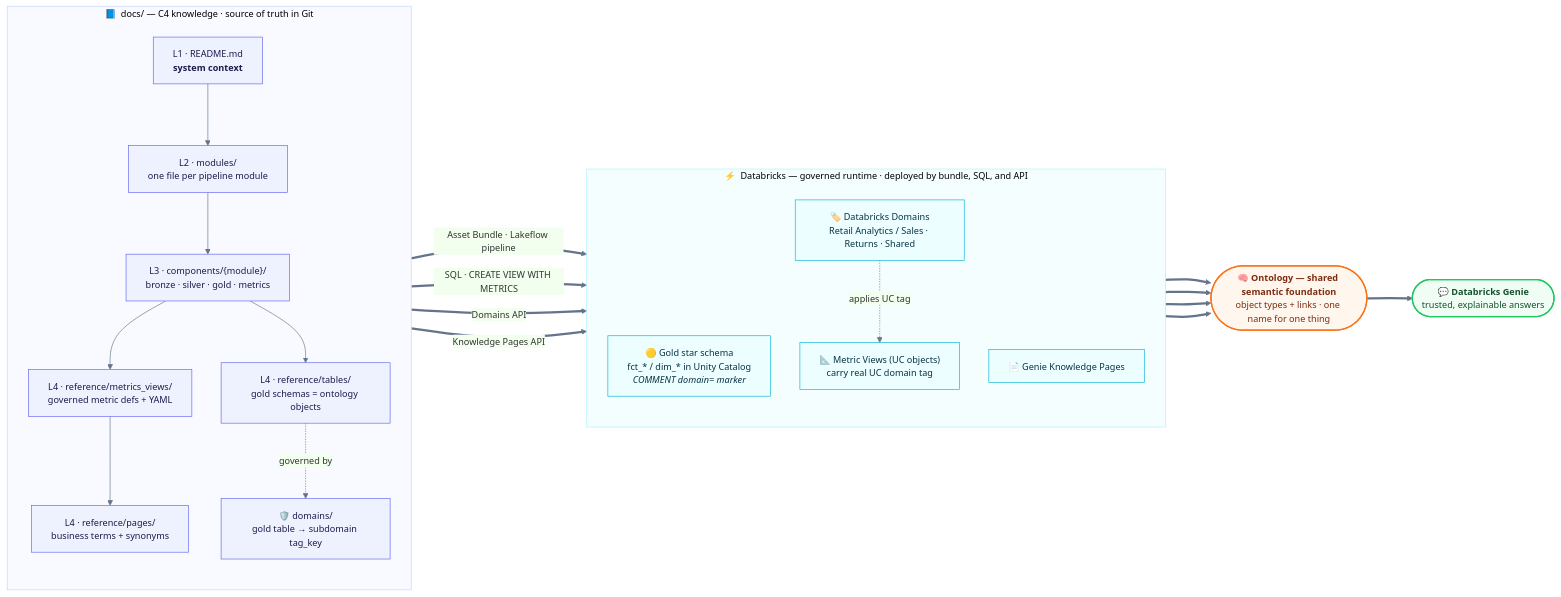
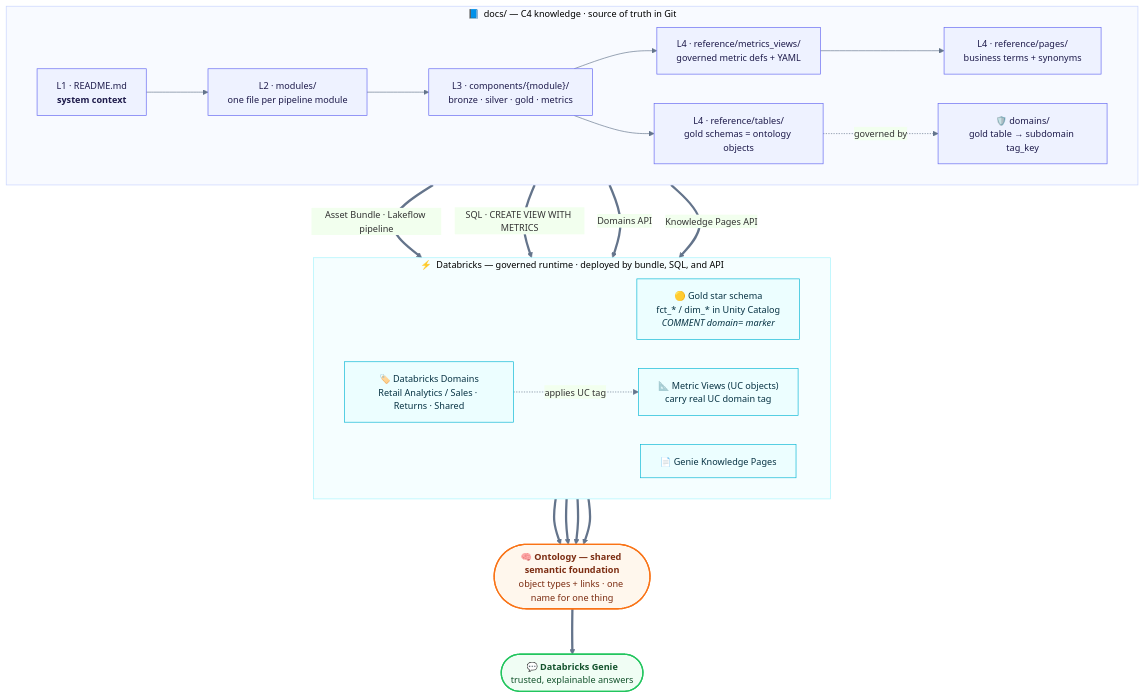
One commit to marcinkostkiewiczlingaro/dbx_meetup_demo changed the diagram in README.md. Above: the diagram before and after it, drawn with Mermaid.

Commit message:
docs: lay the documentation diagram top-to-bottom for slides

````diff
--- a/README.md
+++ b/README.md
@@ -101,52 +101,52 @@
 ```mermaid
 %%{init: {"theme": "base", "themeVariables": {"fontfamily": "Segoe UI, Helvetica, Arial, sans-serif", "fontSize": "14px", "primaryColor": "#eef2ff", "lineColor": "#64748b", "clusterBorder": "#cbd5e1"}, "flowchart": {"curve": "basis", "nodeSpacing": 45, "rankSpacing": 70}}}%%
-flowchart LR
+flowchart TB
   subgraph DOCS["📘 &nbsp;docs/ &mdash; C4 knowledge &middot; source of truth in Git"]
-    direction TB
+    direction LR
     L1["L1 &middot; README.md<br/><b>system context</b>"]
     L2["L2 &middot; modules/<br/>one file per pipeline module"]
     L3["L3 &middot; components/{module}/<br/>bronze &middot; silver &middot; gold &middot; metrics"]
     TBL["L4 &middot; reference/tables/<br/>gold schemas = ontology objects"]
     MV["L4 &middot; reference/metrics_views/<br/>governed metric defs + YAML"]
     PG["L4 &middot; reference/pages/<br/>business terms + synonyms"]
     DOM["🛡️ domains/<br/>gold table &rarr; subdomain tag_key"]
     L1 --> L2 --> L3
     L3 --> TBL & MV
     MV --> PG
     TBL -. governed by .-> DOM
   end
 
   subgraph DBX["⚡ &nbsp;Databricks &mdash; governed runtime &middot; deployed by bundle, SQL, and API"]
-    direction TB
+    direction LR
     GOLD["🟡 Gold star schema<br/>fct_* / dim_* in Unity Catalog<br/><i>COMMENT domain= marker</i>"]
     MVIEW["📐 Metric Views (UC objects)<br/>carry real UC domain tag"]
     DOMAIN["🏷️ Databricks Domains<br/>Retail Analytics / Sales &middot; Returns &middot; Shared"]
     PAGES["📄 Genie Knowledge Pages"]
   end
 
   ONT(["🧠 <b>Ontology &mdash; shared semantic foundation</b><br/>object types + links &middot; one name for one thing"])
   GENIE(["💬 <b>Databricks Genie</b><br/>trusted, explainable answers"])
 
   TBL ==>|Asset Bundle · Lakeflow pipeline| GOLD
   MV ==>|SQL · CREATE VIEW WITH METRICS| MVIEW
   DOM ==>|Domains API| DOMAIN
   PG ==>|Knowledge Pages API| PAGES
   DOMAIN -. applies UC tag .-> MVIEW
 
   GOLD ==> ONT
   MVIEW ==> ONT
   DOMAIN ==> ONT
   PAGES ==> ONT
   ONT ==> GENIE
 
   classDef docs fill:#eef2ff,stroke:#6366f1,stroke-width:1px,color:#1e1b4b;
   classDef dbx fill:#ecfeff,stroke:#06b6d4,stroke-width:1px,color:#083344;
   classDef ont fill:#fff7ed,stroke:#f97316,stroke-width:2px,color:#7c2d12;
   classDef genie fill:#f0fdf4,stroke:#22c55e,stroke-width:2px,color:#14532d;
   class L1,L2,L3,TBL,MV,PG,DOM docs;
   class GOLD,MVIEW,DOMAIN,PAGES dbx;
   class ONT ont;
   class GENIE genie;
   style DOCS fill:#f8faff,stroke:#c7d2fe,stroke-width:1px;
   style DBX fill:#f5feff,stroke:#a5f3fc,stroke-width:1px;
 ```
````
